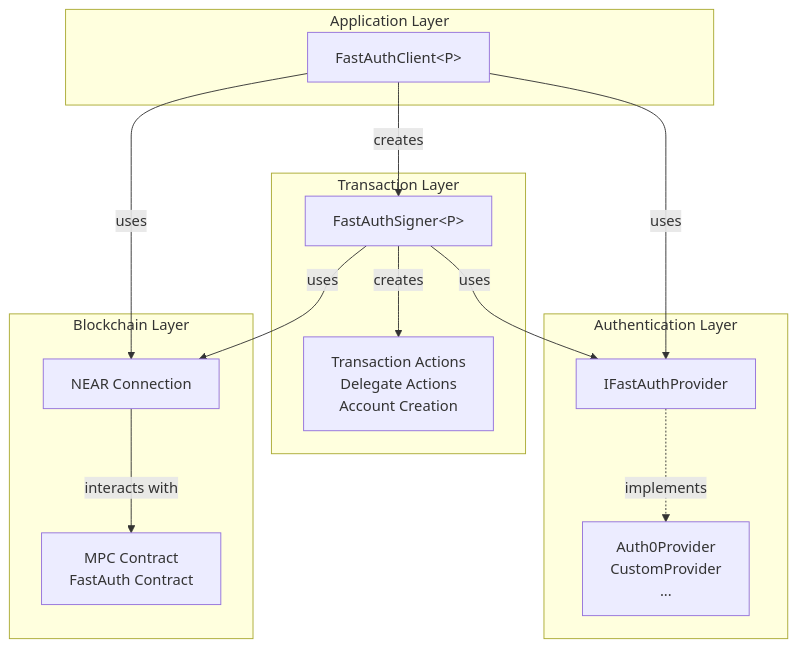
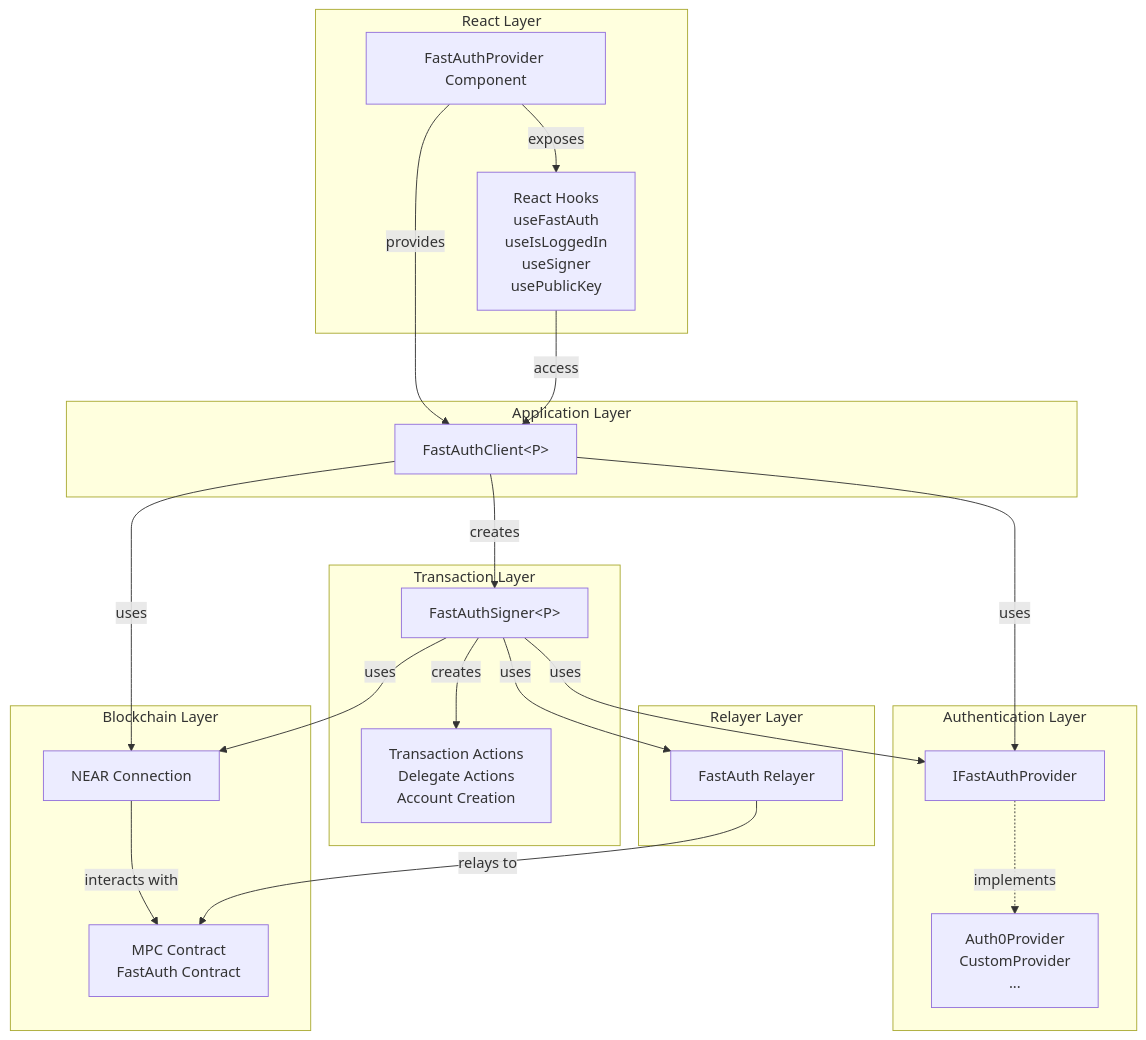
The diagram in docs/docs/sdk/react/concepts.md (Peersyst/fast-auth), drawn with Mermaid before and after one commit. The commit also changed other lines of this file and 19 other files, not shown here.

````diff
--- a/docs/docs/sdk/react/concepts.md
+++ b/docs/docs/sdk/react/concepts.md
@@ -7,36 +7,53 @@
 ```mermaid
 graph TD
+    ProviderComponent["FastAuthProvider Component"]
     Client["FastAuthClient&lt;P&gt;"]
     Provider["IFastAuthProvider"]
     Signer["FastAuthSigner&lt;P&gt;"]
     Connection["NEAR Connection"]
+    Relayer["FastAuth Relayer"]
+    Hooks["React Hooks<br/>useFastAuth<br/>useIsLoggedIn<br/>useSigner<br/>usePublicKey"]
+
+    subgraph "React Layer"
+        ProviderComponent
+        Hooks
+    end
 
     subgraph "Authentication Layer"
         Provider
         AuthProviders["Auth0Provider<br/>CustomProvider<br/>..."]
     end
 
     subgraph "Application Layer"
         Client
     end
 
     subgraph "Transaction Layer"
         Signer
         Actions["Transaction Actions<br/>Delegate Actions<br/>Account Creation"]
     end
 
     subgraph "Blockchain Layer"
         Connection
         Contracts["MPC Contract<br/>FastAuth Contract"]
     end
 
+    subgraph "Relayer Layer"
+        Relayer
+    end
+
+    ProviderComponent -->|"provides"| Client
+    ProviderComponent -->|"exposes"| Hooks
+    Hooks -->|"access"| Client
     Client -->|"uses"| Provider
     Client -->|"creates"| Signer
     Client -->|"uses"| Connection
     Signer -->|"uses"| Provider
     Signer -->|"uses"| Connection
+    Signer -->|"uses"| Relayer
 
     Provider -.->|"implements"| AuthProviders
     Signer -->|"creates"| Actions
     Connection -->|"interacts with"| Contracts
+    Relayer -->|"relays to"| Contracts
 ```
````
